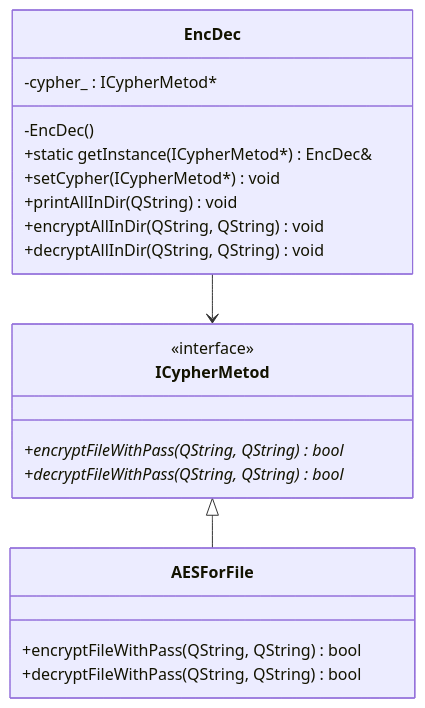
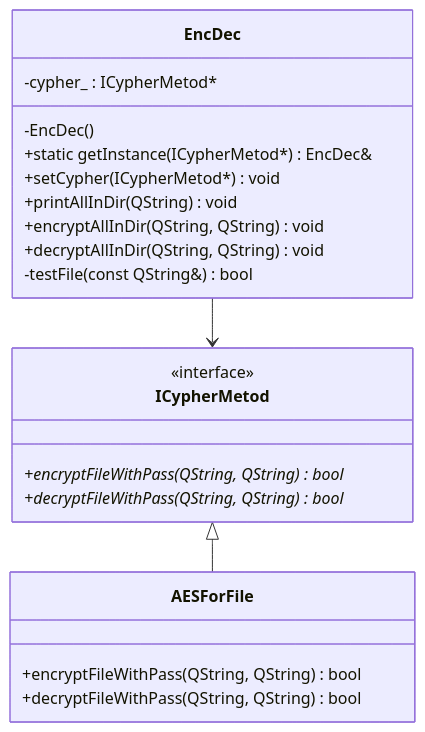
The diagram in README.md (ILoveHumanity/Qt_Lab1), drawn with Mermaid before and after one commit.

````diff
--- a/README.md
+++ b/README.md
@@ -10,25 +10,26 @@
 ```mermaid
 classDiagram
     class ICypherMetod {
         <<interface>>
         +encryptFileWithPass(QString, QString) bool*
         +decryptFileWithPass(QString, QString) bool*
     }
     class AESForFile {
         +encryptFileWithPass(QString, QString) bool
         +decryptFileWithPass(QString, QString) bool
     }
 
     class EncDec {
         -cypher_ : ICypherMetod&#42 
         -EncDec()
         +static getInstance(ICypherMetod*) EncDec&
         +setCypher(ICypherMetod*) void
         +printAllInDir(QString) void
         +encryptAllInDir(QString, QString) void
         +decryptAllInDir(QString, QString) void
+	-testFile(const QString&) bool
     }
 
     ICypherMetod <|-- AESForFile
     EncDec --> ICypherMetod
 ```
````
